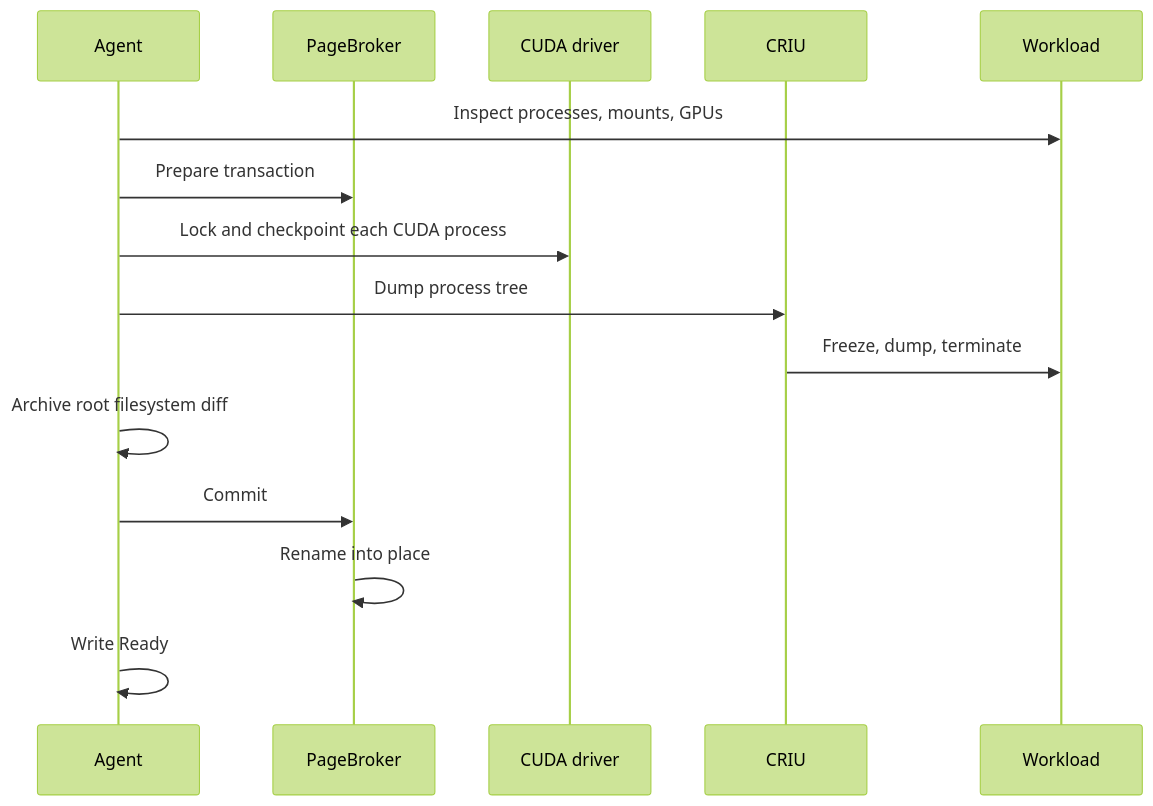
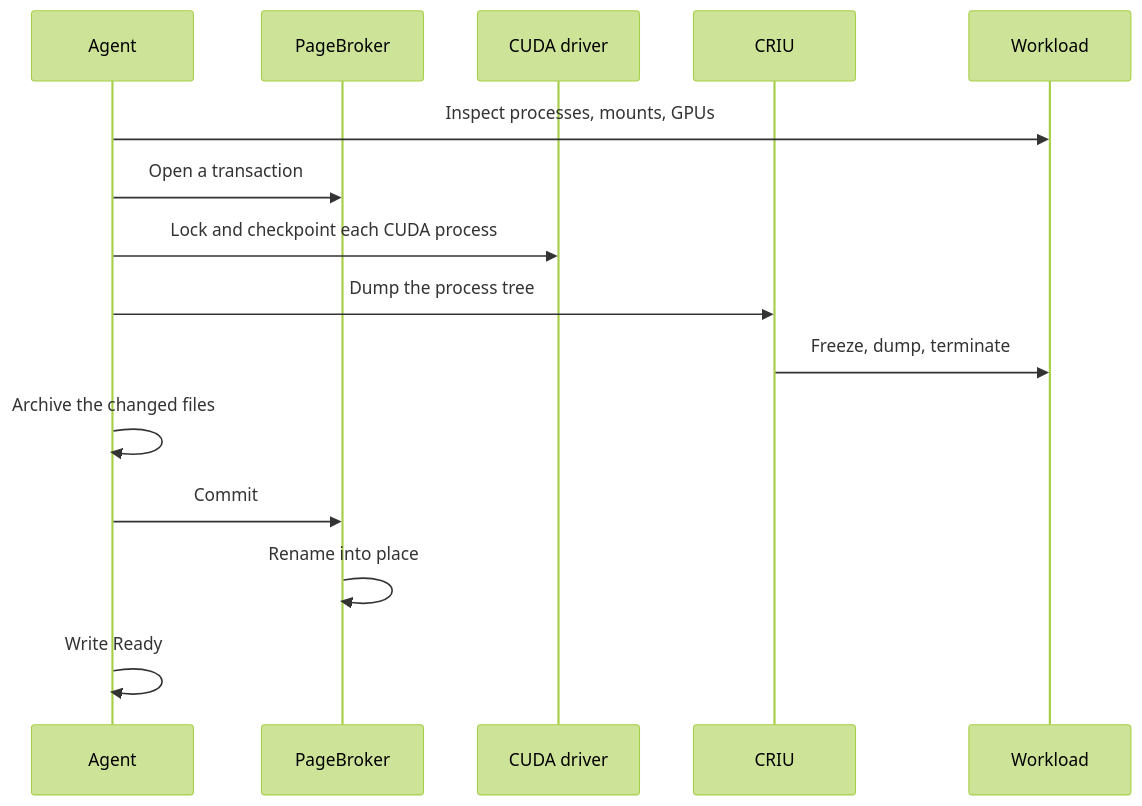
Before and after one commit to ai-dynamo/snapshot: the diagram in docs/reference/architecture/checkpoint.md, drawn with Mermaid (forest theme). The commit also changed other lines of this file and 5 other files, not shown here.

First line of the commit message:
docs(architecture): lead each page with the big picture and define terms

````diff
--- a/docs/reference/architecture/checkpoint.md
+++ b/docs/reference/architecture/checkpoint.md
@@ -39,17 +37,17 @@
 ```mermaid
 sequenceDiagram
     participant A as Agent
     participant P as PageBroker
     participant D as CUDA driver
     participant C as CRIU
     participant W as Workload
     A->>W: Inspect processes, mounts, GPUs
-    A->>P: Prepare transaction
+    A->>P: Open a transaction
     A->>D: Lock and checkpoint each CUDA process
-    A->>C: Dump process tree
+    A->>C: Dump the process tree
     C->>W: Freeze, dump, terminate
-    A->>A: Archive root filesystem diff
+    A->>A: Archive the changed files
     A->>P: Commit
     P->>P: Rename into place
     A->>A: Write Ready
 ```
````
